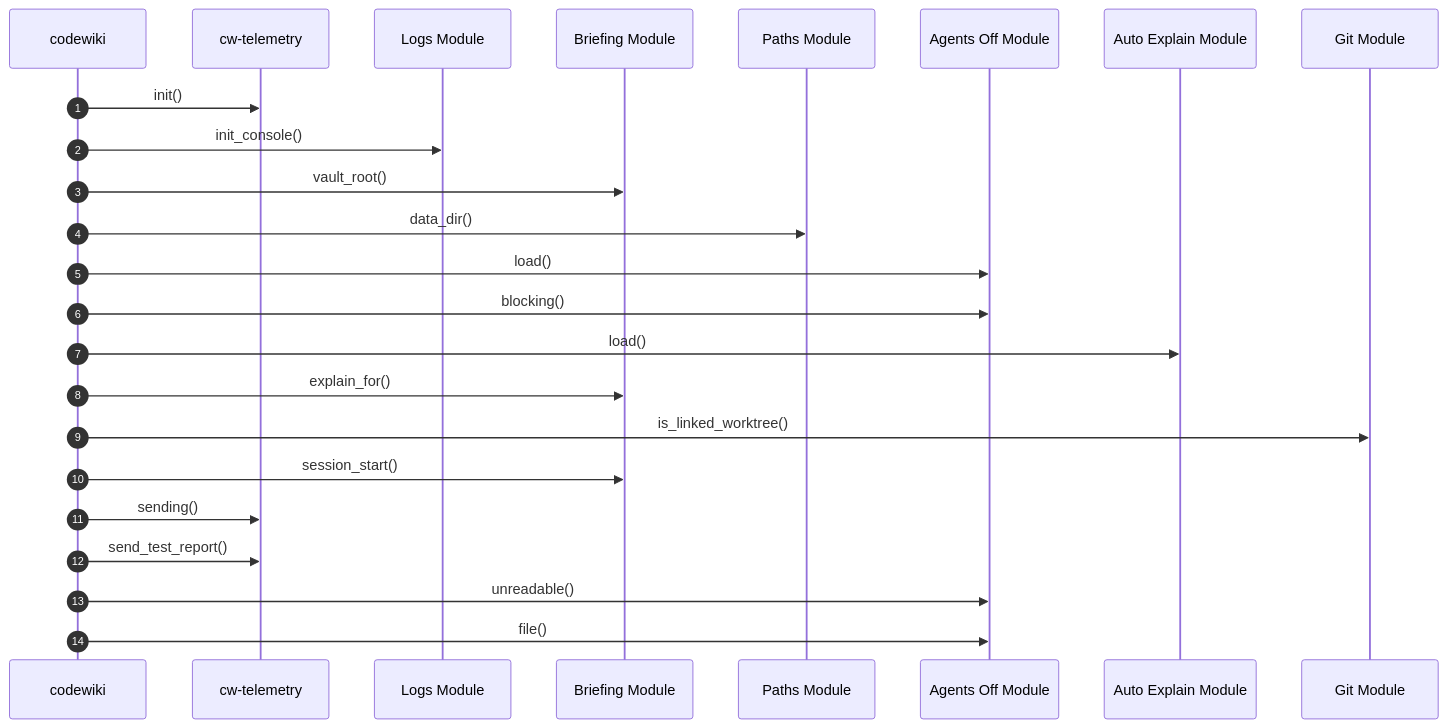
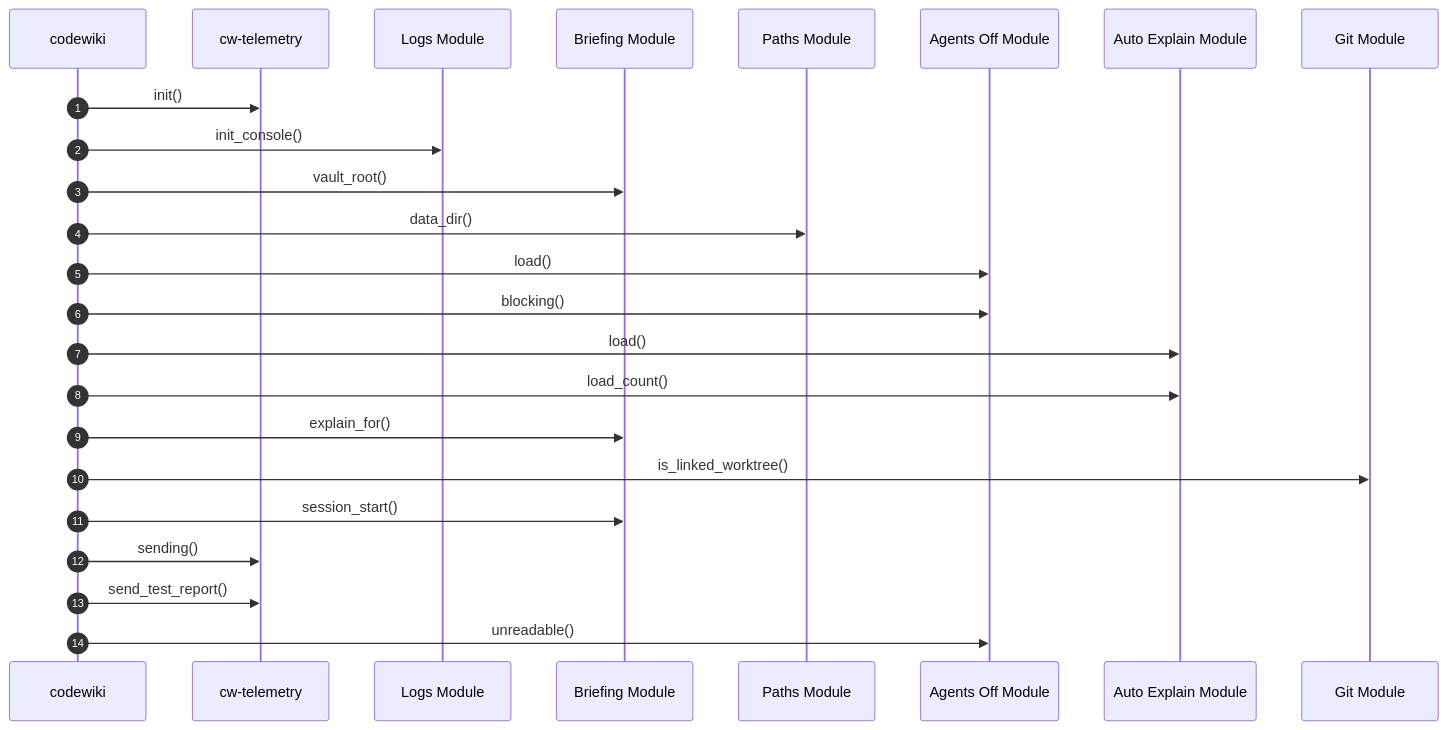
One commit to Fly-onlyone/CodeWiki changed the diagram in obsidian/00-Architecture/codewiki Startup Flow.md. Above: the diagram before and after it, drawn with Mermaid. The commit also changed 30 other files, not shown here.

````diff
--- a/obsidian/00-Architecture/codewiki Startup Flow.md
+++ b/obsidian/00-Architecture/codewiki Startup Flow.md
@@ -15,26 +15,26 @@
 ```mermaid
 sequenceDiagram
     autonumber
     participant p0 as codewiki
     participant p1 as cw-telemetry
     participant p2 as Logs Module
     participant p3 as Briefing Module
     participant p4 as Paths Module
     participant p5 as Agents Off Module
     participant p6 as Auto Explain Module
     participant p7 as Git Module
     p0->>p1: init()
     p0->>p2: init_console()
     p0->>p3: vault_root()
     p0->>p4: data_dir()
     p0->>p5: load()
     p0->>p5: blocking()
     p0->>p6: load()
+    p0->>p6: load_count()
     p0->>p3: explain_for()
     p0->>p7: is_linked_worktree()
     p0->>p3: session_start()
     p0->>p1: sending()
     p0->>p1: send_test_report()
     p0->>p5: unreadable()
-    p0->>p5: file()
 ```
````
